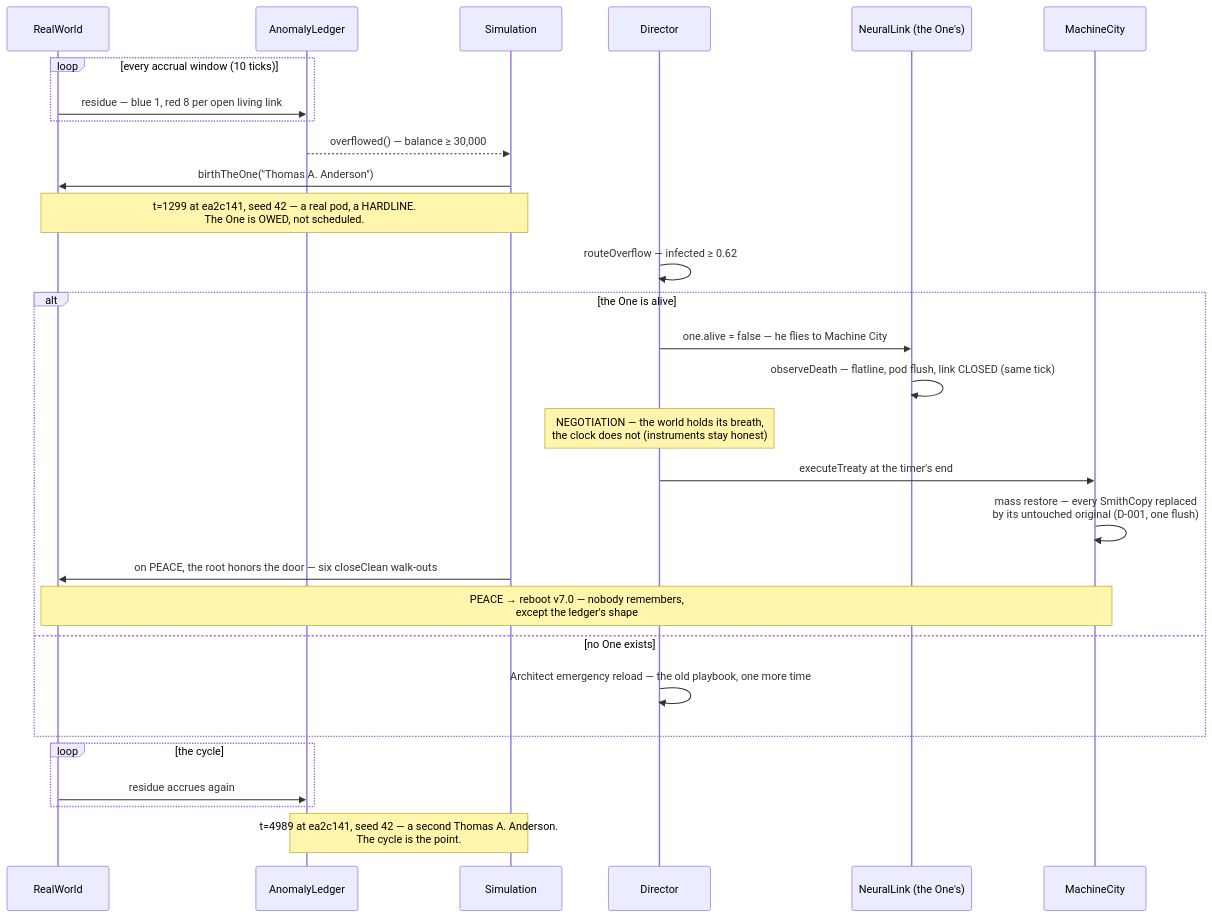
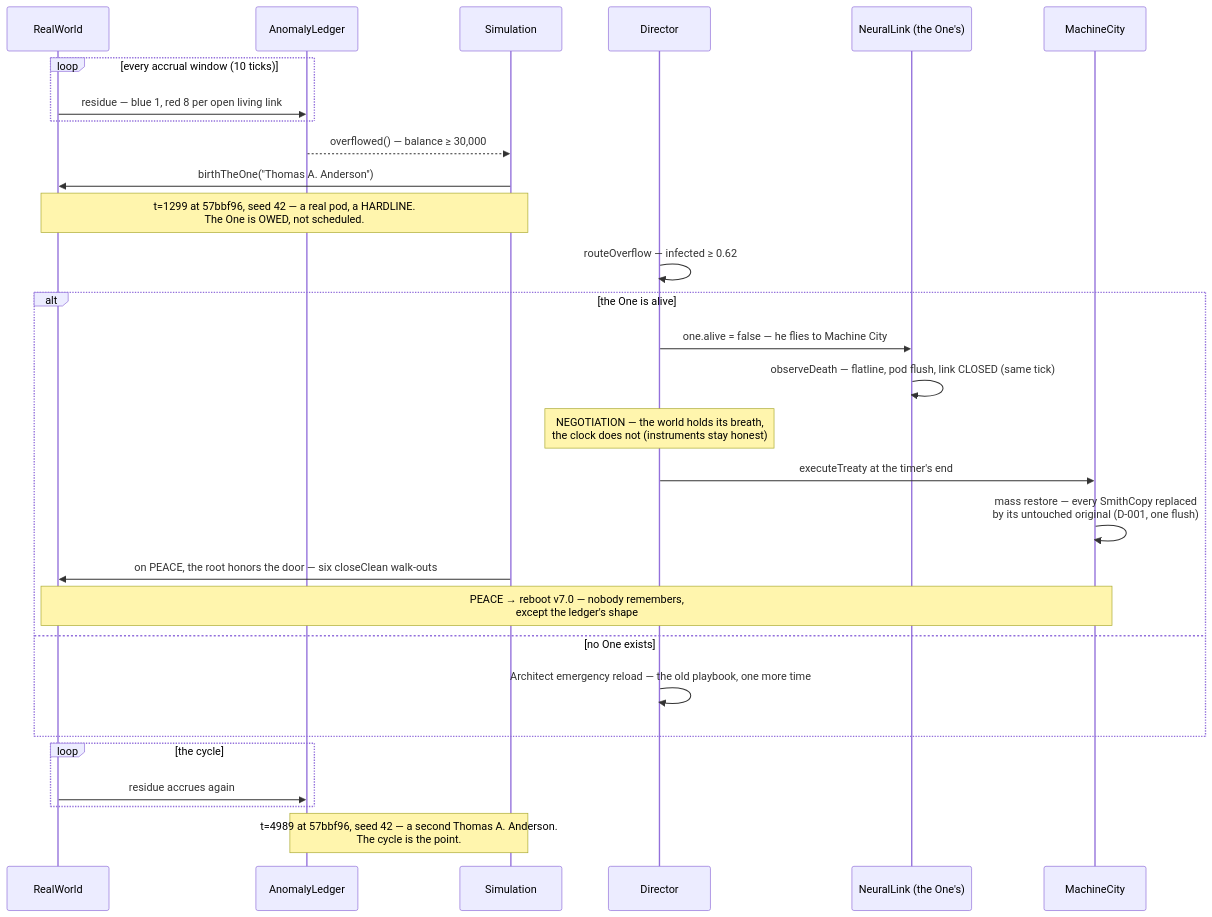
Before and after one commit to gokselozgur5/matrix-sim: the fourth of 5 diagrams in docs/ARCHITECTURE.md, drawn with Mermaid. The commit also changed other lines of this file and 2 other files, not shown here.

````diff
--- a/docs/ARCHITECTURE.md
+++ b/docs/ARCHITECTURE.md
@@ -176,32 +176,32 @@
 ```mermaid
 sequenceDiagram
     participant RW as RealWorld
     participant L as AnomalyLedger
     participant S as Simulation
     participant D as Director
     participant NL as NeuralLink (the One's)
     participant MC as MachineCity
 
     loop every accrual window (10 ticks)
         RW->>L: residue — blue 1, red 8 per open living link
     end
     L-->>S: overflowed() — balance ≥ 30,000
     S->>RW: birthTheOne("Thomas A. Anderson")
-    Note over RW,S: t=1299 at ea2c141, seed 42 — a real pod, a HARDLINE.<br/>The One is OWED, not scheduled.
+    Note over RW,S: t=1299 at 57bbf96, seed 42 — a real pod, a HARDLINE.<br/>The One is OWED, not scheduled.
     D->>D: routeOverflow — infected ≥ 0.62
     alt the One is alive
         D->>NL: one.alive = false — he flies to Machine City
         NL->>NL: observeDeath — flatline, pod flush, link CLOSED (same tick)
         Note over D: NEGOTIATION — the world holds its breath,<br/>the clock does not (instruments stay honest)
         D->>MC: executeTreaty at the timer's end
         MC->>MC: mass restore — every SmithCopy replaced<br/>by its untouched original (D-001, one flush)
         S->>RW: on PEACE, the root honors the door — six closeClean walk-outs
         Note over MC,RW: PEACE → reboot v7.0 — nobody remembers,<br/>except the ledger's shape
     else no One exists
         D->>D: Architect emergency reload — the old playbook, one more time
     end
     loop the cycle
         RW->>L: residue accrues again
     end
-    Note over L,S: t=4989 at ea2c141, seed 42 — a second Thomas A. Anderson.<br/>The cycle is the point.
+    Note over L,S: t=4989 at 57bbf96, seed 42 — a second Thomas A. Anderson.<br/>The cycle is the point.
 ```
````
